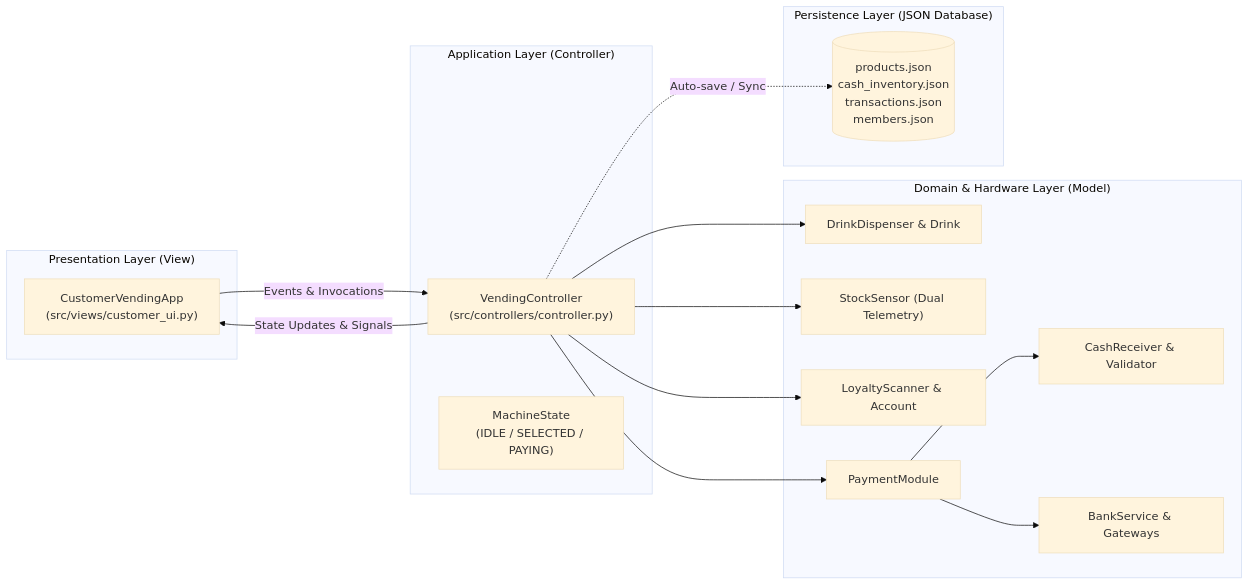
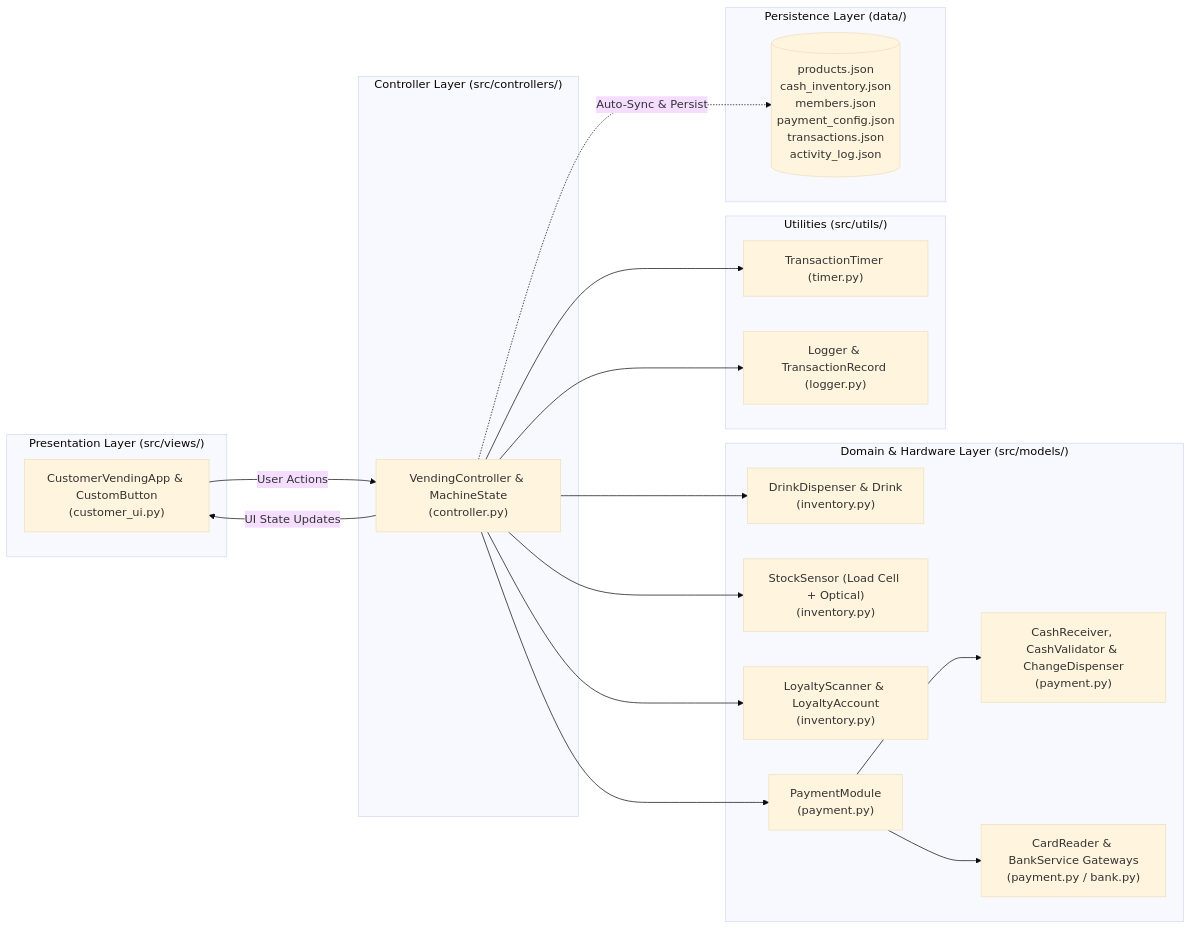
The diagram in README.md (basschatchawan13327/VendingMachine), drawn with Mermaid (base theme) before and after one commit. The commit also changed other lines of this file and 1 other file, not shown here.

Commit message:
Rewrite README.md, replace cash dropdown with text entry editor, enlarge payment modal fonts, and standardize button prompts

````diff
--- a/README.md
+++ b/README.md
@@ -121,34 +117,40 @@
 ```mermaid
 graph LR
-    subgraph View["Presentation Layer (View)"]
-        UI["CustomerVendingApp<br/>(src/views/customer_ui.py)"]
+    subgraph View["Presentation Layer (src/views/)"]
+        UI["CustomerVendingApp & CustomButton<br/>(customer_ui.py)"]
     end
 
-    subgraph Controller["Application Layer (Controller)"]
-        VC["VendingController<br/>(src/controllers/controller.py)"]
-        State["MachineState<br/>(IDLE / SELECTED / PAYING)"]
+    subgraph Controller["Controller Layer (src/controllers/)"]
+        VC["VendingController & MachineState<br/>(controller.py)"]
     end
 
-    subgraph Model["Domain & Hardware Layer (Model)"]
-        Disp["DrinkDispenser & Drink"]
-        Sensor["StockSensor (Dual Telemetry)"]
-        Loyalty["LoyaltyScanner & Account"]
-        Pay["PaymentModule"]
-        Cash["CashReceiver & Validator"]
-        Bank["BankService & Gateways"]
+    subgraph Model["Domain & Hardware Layer (src/models/)"]
+        Disp["DrinkDispenser & Drink<br/>(inventory.py)"]
+        Sensor["StockSensor (Load Cell + Optical)<br/>(inventory.py)"]
+        Loyalty["LoyaltyScanner & LoyaltyAccount<br/>(inventory.py)"]
+        Pay["PaymentModule<br/>(payment.py)"]
+        Cash["CashReceiver, CashValidator & ChangeDispenser<br/>(payment.py)"]
+        Card["CardReader & BankService Gateways<br/>(payment.py / bank.py)"]
     end
 
-    subgraph Persistence["Persistence Layer (JSON Database)"]
-        DB[("products.json<br/>cash_inventory.json<br/>transactions.json<br/>members.json")]
+    subgraph Utils["Utilities (src/utils/)"]
+        Timer["TransactionTimer (timer.py)"]
+        Log["Logger & TransactionRecord (logger.py)"]
     end
 
-    UI -->|Events & Invocations| VC
-    VC -->|State Updates & Signals| UI
+    subgraph DB["Persistence Layer (data/)"]
+        JSON[("products.json<br/>cash_inventory.json<br/>members.json<br/>payment_config.json<br/>transactions.json<br/>activity_log.json")]
+    end
+
+    UI -->|User Actions| VC
+    VC -->|UI State Updates| UI
     VC --> Disp
     VC --> Sensor
     VC --> Loyalty
     VC --> Pay
+    VC --> Timer
+    VC --> Log
     Pay --> Cash
-    Pay --> Bank
-    VC -.->|Auto-save / Sync| DB
+    Pay --> Card
+    VC -.->|Auto-Sync & Persist| JSON
 ```
````
